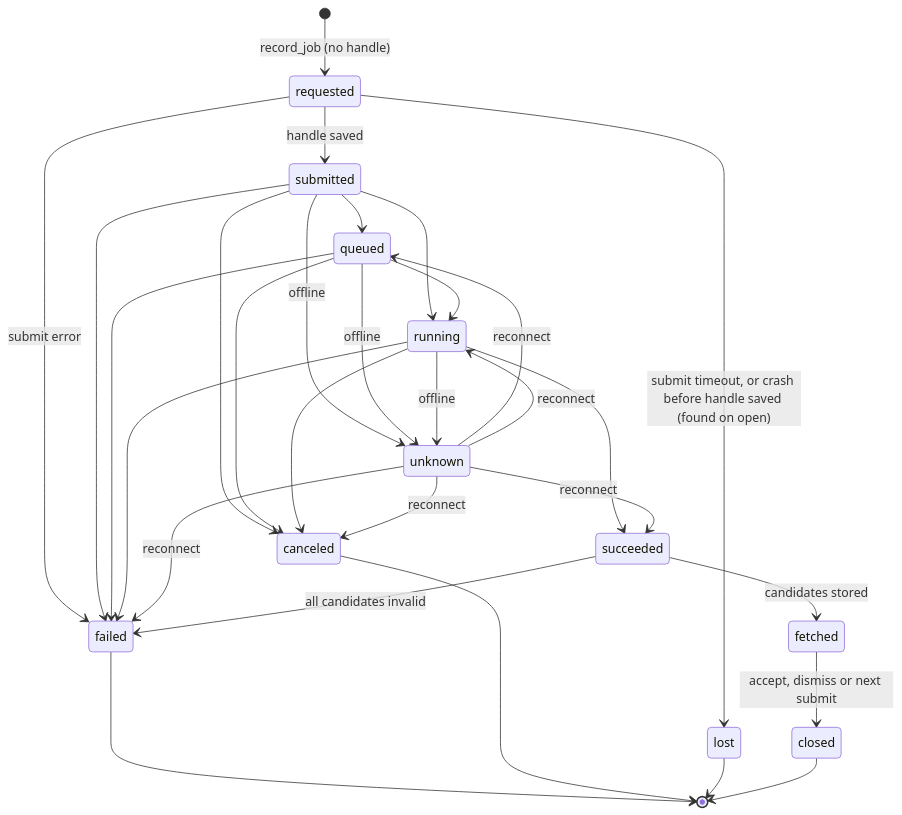
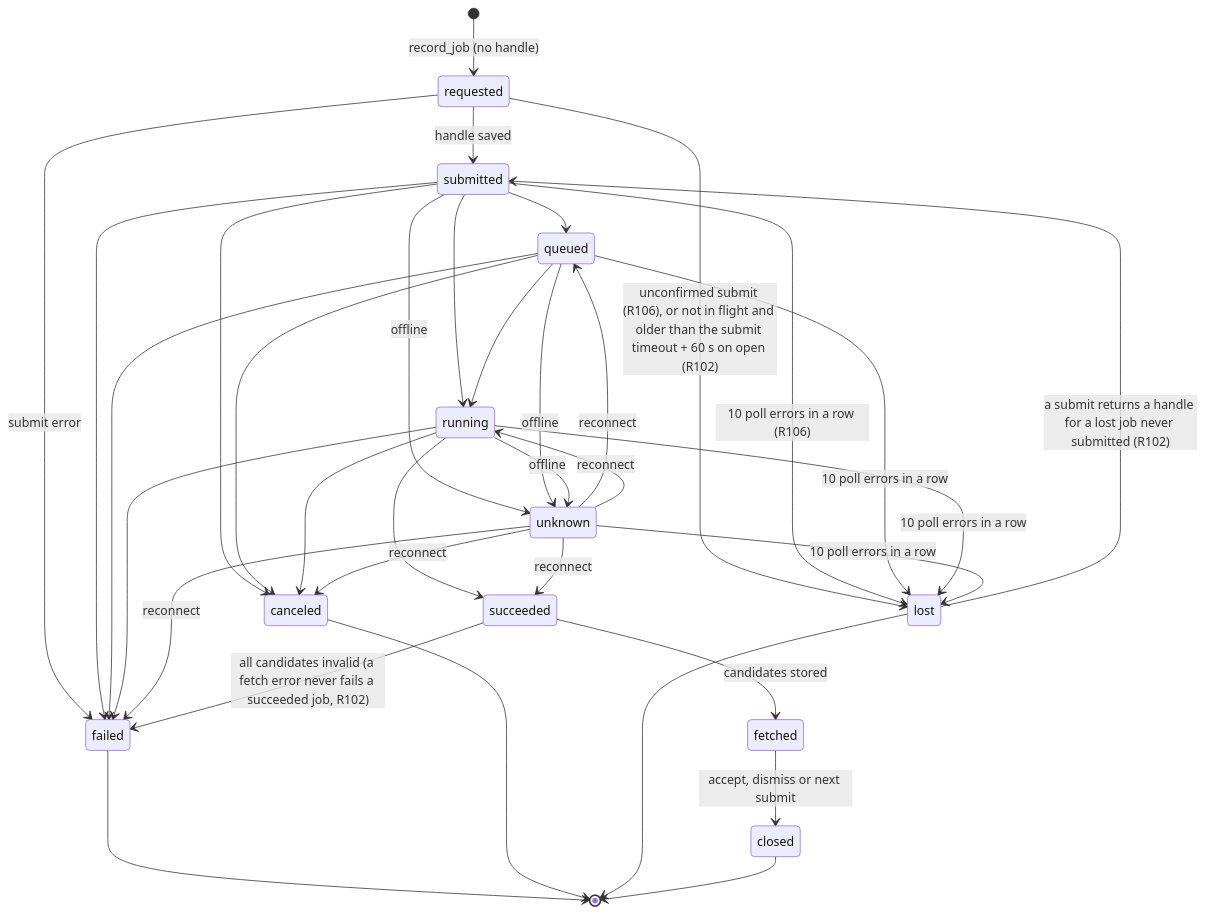
Before and after one commit to szymonbalasz/pocket-forge: the diagram in docs/architecture/manifest-schema.md, drawn with Mermaid. The commit also changed other lines of this file and 1 other file, not shown here.

Commit message:
Schema follows R102/R105/R106; R106 wording; R107

````diff
--- a/docs/architecture/manifest-schema.md
+++ b/docs/architecture/manifest-schema.md
@@ -142,32 +144,37 @@
 ```mermaid
 stateDiagram-v2
   [*] --> requested: record_job (no handle)
   requested --> submitted: handle saved
   requested --> failed: submit error
-  requested --> lost: submit timeout, or crash before handle saved (found on open)
+  requested --> lost: unconfirmed submit (R106), or not in flight and older than the submit timeout + 60 s on open (R102)
   submitted --> queued
   submitted --> running
   submitted --> failed
   submitted --> canceled
   submitted --> unknown: offline
   queued --> running
   queued --> failed
   queued --> canceled
   queued --> unknown: offline
   running --> succeeded
   running --> failed
   running --> canceled
   running --> unknown: offline
+  submitted --> lost: 10 poll errors in a row (R106)
+  queued --> lost: 10 poll errors in a row
+  running --> lost: 10 poll errors in a row
+  unknown --> lost: 10 poll errors in a row
+  lost --> submitted: a submit returns a handle for a lost job never submitted (R102)
   unknown --> queued: reconnect
   unknown --> running: reconnect
   unknown --> succeeded: reconnect
   unknown --> failed: reconnect
   unknown --> canceled: reconnect
   succeeded --> fetched: candidates stored
-  succeeded --> failed: all candidates invalid
+  succeeded --> failed: all candidates invalid (a fetch error never fails a succeeded job, R102)
   fetched --> closed: accept, dismiss or next submit
   failed --> [*]
   canceled --> [*]
   lost --> [*]
   closed --> [*]
 ```
````
